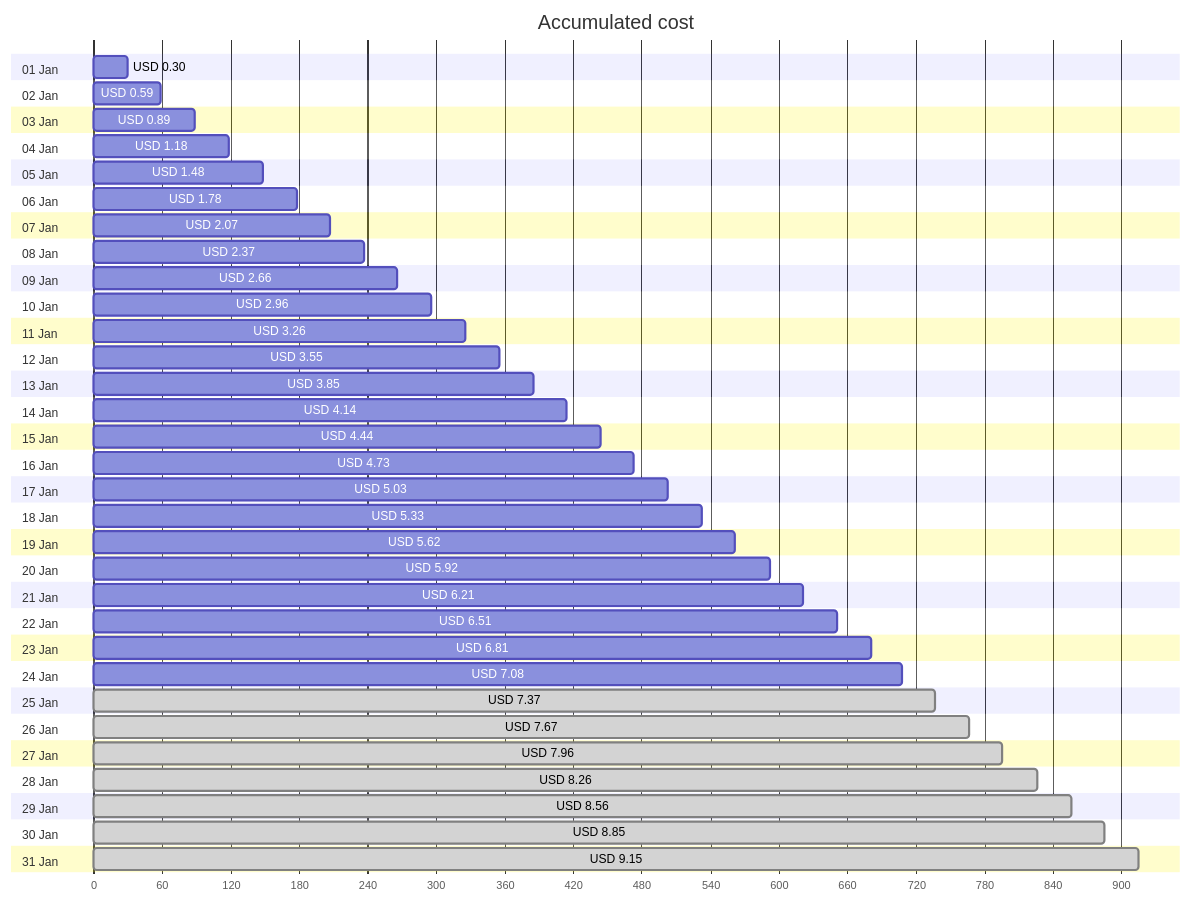
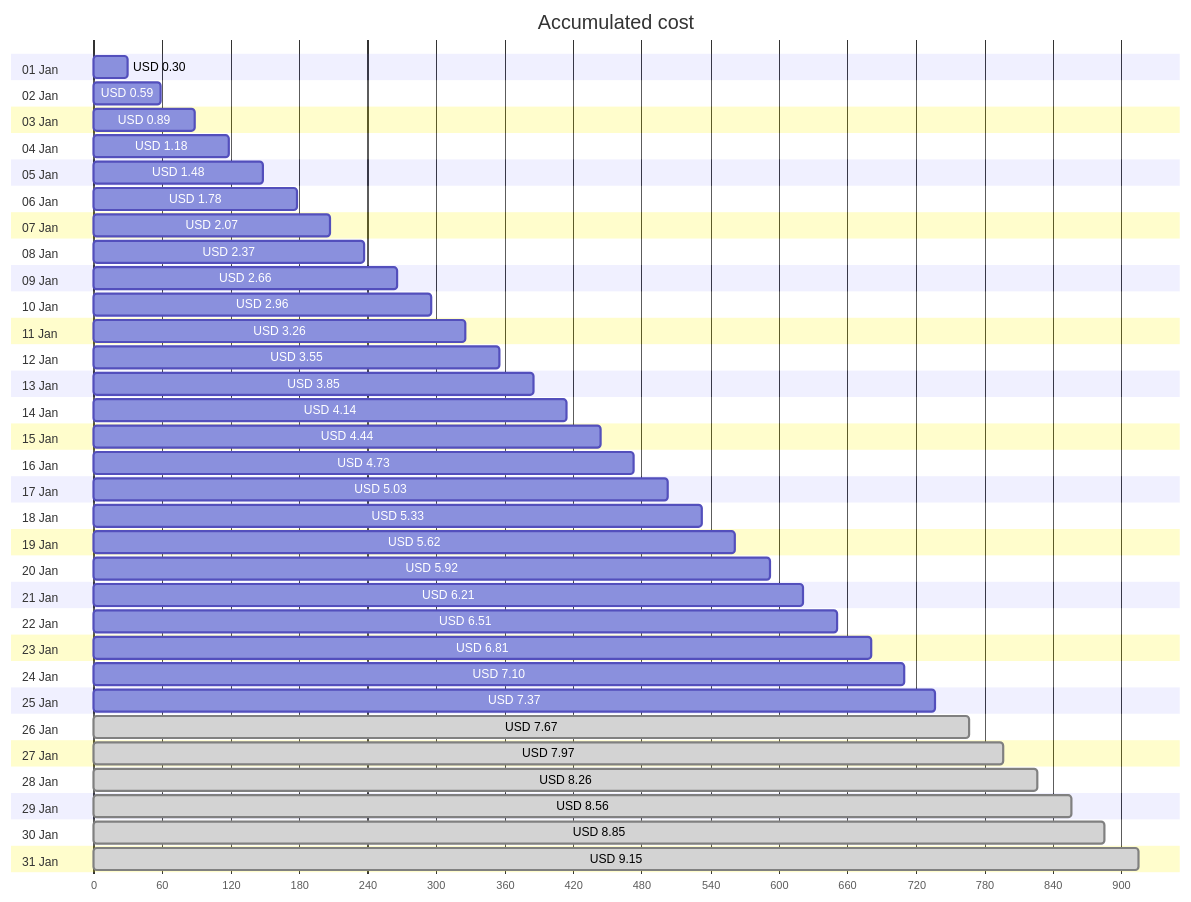
The first of 4 diagrams in cost-reports/personal-site/personal-site-preview.md (jpfulton/azure-personal-reports), drawn with Mermaid before and after one commit. The commit also changed other lines of this file and 7 other files, not shown here.

````diff
--- a/cost-reports/personal-site/personal-site-preview.md
+++ b/cost-reports/personal-site/personal-site-preview.md
@@ -20,68 +20,68 @@
 ```mermaid
 gantt
    title Accumulated cost
    dateFormat  X
    axisFormat %s
    section 01 Jan
    USD 0.30 :0, 30
    section 02 Jan
    USD 0.59 :0, 59
    section 03 Jan
    USD 0.89 :0, 89
    section 04 Jan
    USD 1.18 :0, 118
    section 05 Jan
    USD 1.48 :0, 148
    section 06 Jan
    USD 1.78 :0, 178
    section 07 Jan
    USD 2.07 :0, 207
    section 08 Jan
    USD 2.37 :0, 237
    section 09 Jan
    USD 2.66 :0, 266
    section 10 Jan
    USD 2.96 :0, 296
    section 11 Jan
    USD 3.26 :0, 326
    section 12 Jan
    USD 3.55 :0, 355
    section 13 Jan
    USD 3.85 :0, 385
    section 14 Jan
    USD 4.14 :0, 414
    section 15 Jan
    USD 4.44 :0, 444
    section 16 Jan
    USD 4.73 :0, 473
    section 17 Jan
    USD 5.03 :0, 503
    section 18 Jan
    USD 5.33 :0, 533
    section 19 Jan
    USD 5.62 :0, 562
    section 20 Jan
    USD 5.92 :0, 592
    section 21 Jan
    USD 6.21 :0, 621
    section 22 Jan
    USD 6.51 :0, 651
    section 23 Jan
    USD 6.81 :0, 681
    section 24 Jan
-   USD 7.08 :0, 708
+   USD 7.10 :0, 710
    section 25 Jan
-   USD 7.37 : done, 0, 737
+   USD 7.37 :0, 737
    section 26 Jan
    USD 7.67 : done, 0, 767
    section 27 Jan
-   USD 7.96 : done, 0, 796
+   USD 7.97 : done, 0, 797
    section 28 Jan
    USD 8.26 : done, 0, 826
    section 29 Jan
    USD 8.56 : done, 0, 856
    section 30 Jan
    USD 8.85 : done, 0, 885
    section 31 Jan
    USD 9.15 : done, 0, 915
 ```
````
